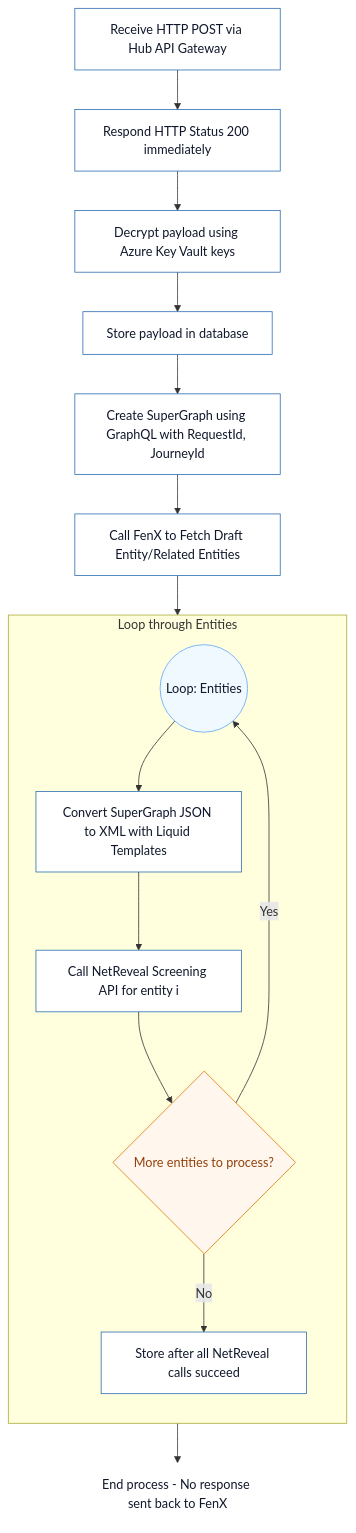
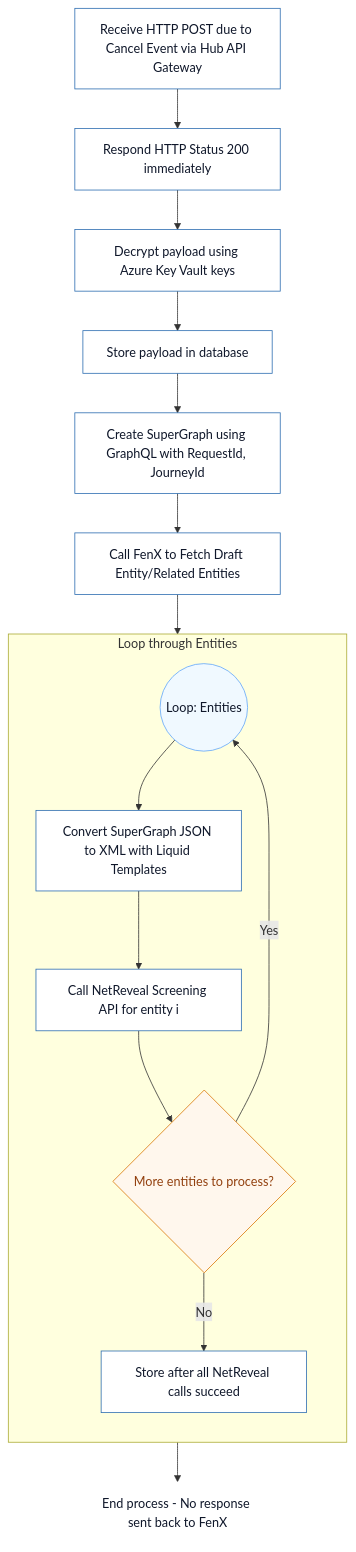
Before and after one commit to jojokoshy/Architecture_Diagrams_Python_AI: the diagram in Arch_Diagrams/v2/cancelflow.mmd, drawn with Mermaid. The commit also changed 1 other file, not shown here.

Commit message:
Update CancelFlow diagram to specify event context and add ValidateFlow diagram for client interaction and entity processing

```diff
--- a/Arch_Diagrams/v2/cancelflow.mmd
+++ b/Arch_Diagrams/v2/cancelflow.mmd
@@ -1,26 +1,26 @@
 %%{init: {"theme":"default","themeVariables": {"background":"#ffffff","fontSize":"14"}}}%%
 flowchart TB
 
 %% Shared styles (matching AlertsFlow)
 classDef step fill:#ffffff,stroke:#2b6cb0,color:#0f172a,stroke-width:1px;
 classDef decision fill:#fff7ed,stroke:#d97706,color:#92400e,stroke-width:1px;
 classDef loop fill:#f0f9ff,stroke:#60a5fa,color:#0f172a,stroke-width:1px;
 classDef footer fill:#ffffff,stroke:none,color:#0f172a;
 
-A[Receive HTTP POST via Hub API Gateway]:::step --> B[Respond HTTP Status 200 immediately]:::step
+A[Receive HTTP POST due to Cancel Event via Hub API Gateway]:::step --> B[Respond HTTP Status 200 immediately]:::step
 B --> C[Decrypt payload using Azure Key Vault keys]:::step
 C --> D[Store payload in database]:::step
 D --> E[Create SuperGraph using GraphQL with RequestId, JourneyId]:::step
 E --> FenX[Call FenX to Fetch Draft Entity/Related Entities]:::step
 FenX --> LoopStart((Loop: Entities)):::loop
 
 subgraph EntitiesLoop [Loop through Entities]
   direction TB
   LoopStart --> XMLConvert[Convert SuperGraph JSON to XML with Liquid Templates]:::step
   XMLConvert --> N[Call NetReveal Screening API for entity i]:::step
   N --> Q{More entities to process?}:::decision
   Q -- Yes --> LoopStart
   Q -- No --> O[Store after all NetReveal calls succeed]:::step
 end
 
 O --> P[End process - No response sent back to FenX]:::footer
```
